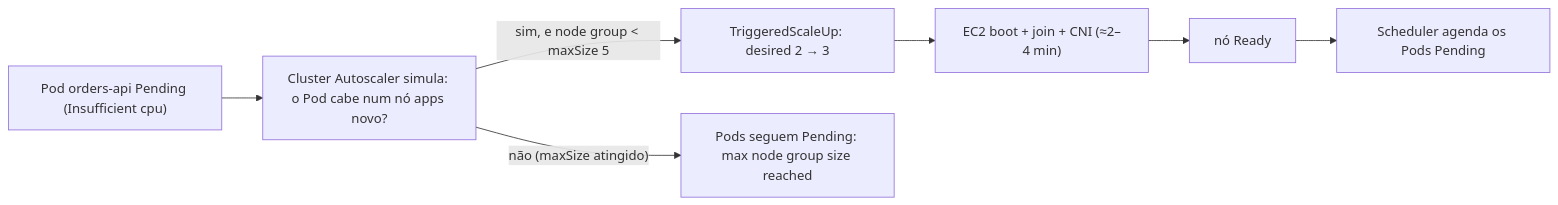
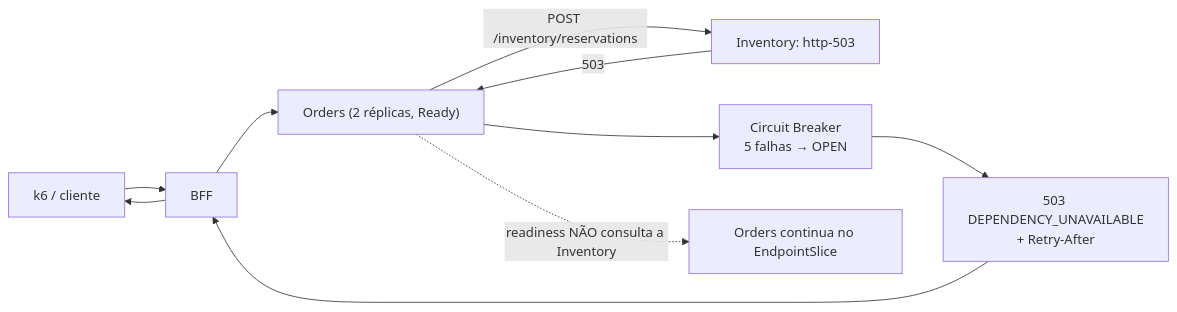
The sixth of 6 diagrams in labs/lab-02/README.md (opsteam-sreday/workshop-k8s-reliability), drawn with Mermaid before and after one commit. The commit also changed other lines of this file and 42 other files, not shown here.

````diff
--- a/labs/lab-02/README.md
+++ b/labs/lab-02/README.md
@@ -188,9 +234,10 @@
 ```mermaid
 flowchart LR
-    P["Pod orders-api Pending (Insufficient cpu)"] --> CA["Cluster Autoscaler simula: o Pod cabe num nó apps novo?"]
-    CA -- "sim, e node group < maxSize 5" --> UP["TriggeredScaleUp: desired 2 → 3"]
-    UP --> EC2["EC2 boot + join + CNI (≈2–4 min)"]
-    EC2 --> R["nó Ready"]
-    R --> S["Scheduler agenda os Pods Pending"]
-    CA -- "não (maxSize atingido)" --> W["Pods seguem Pending: max node group size reached"]
+    C["k6 / cliente"] --> BFF --> O["Orders (2 réplicas, Ready)"]
+    O -- "POST /inventory/reservations" --> I["Inventory: http-503"]
+    I -- "503" --> O
+    O --> CB["Circuit Breaker<br/>5 falhas → OPEN"]
+    CB --> R["503 DEPENDENCY_UNAVAILABLE<br/>+ Retry-After"]
+    R --> BFF --> C
+    O -. "readiness NÃO consulta a Inventory" .-> OK["Orders continua no EndpointSlice"]
 ```
````
